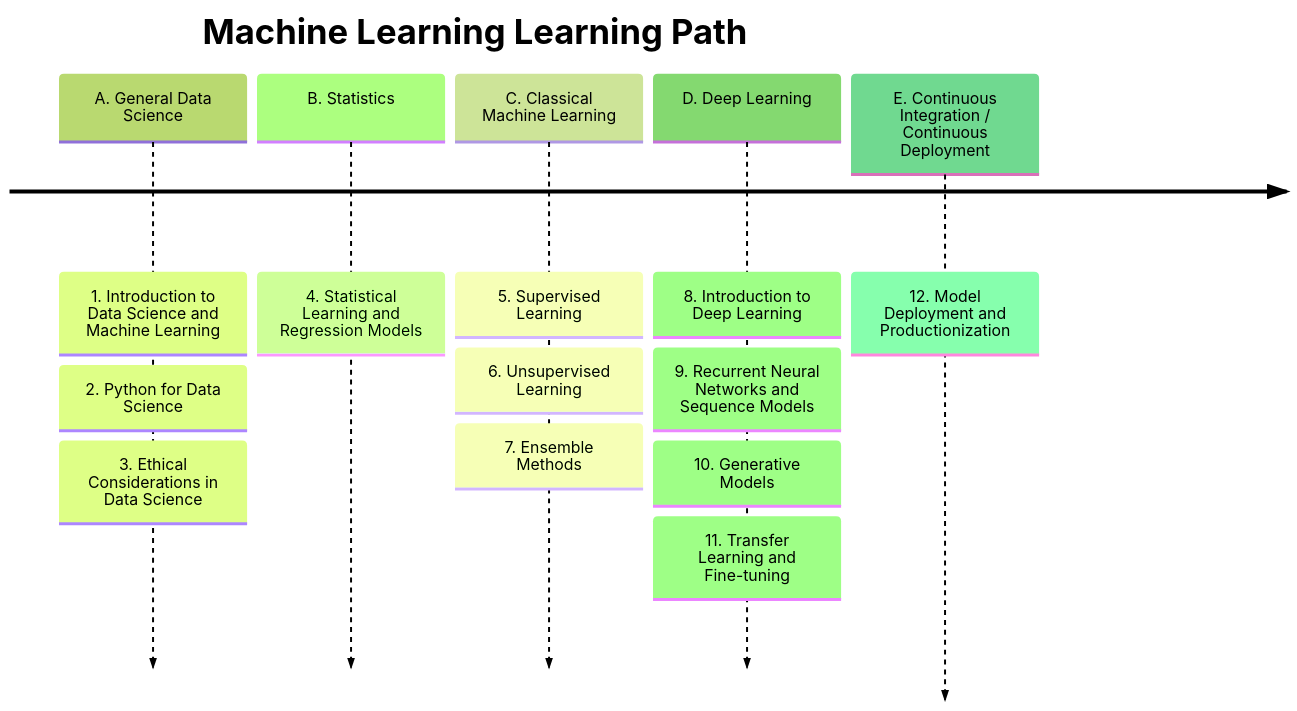
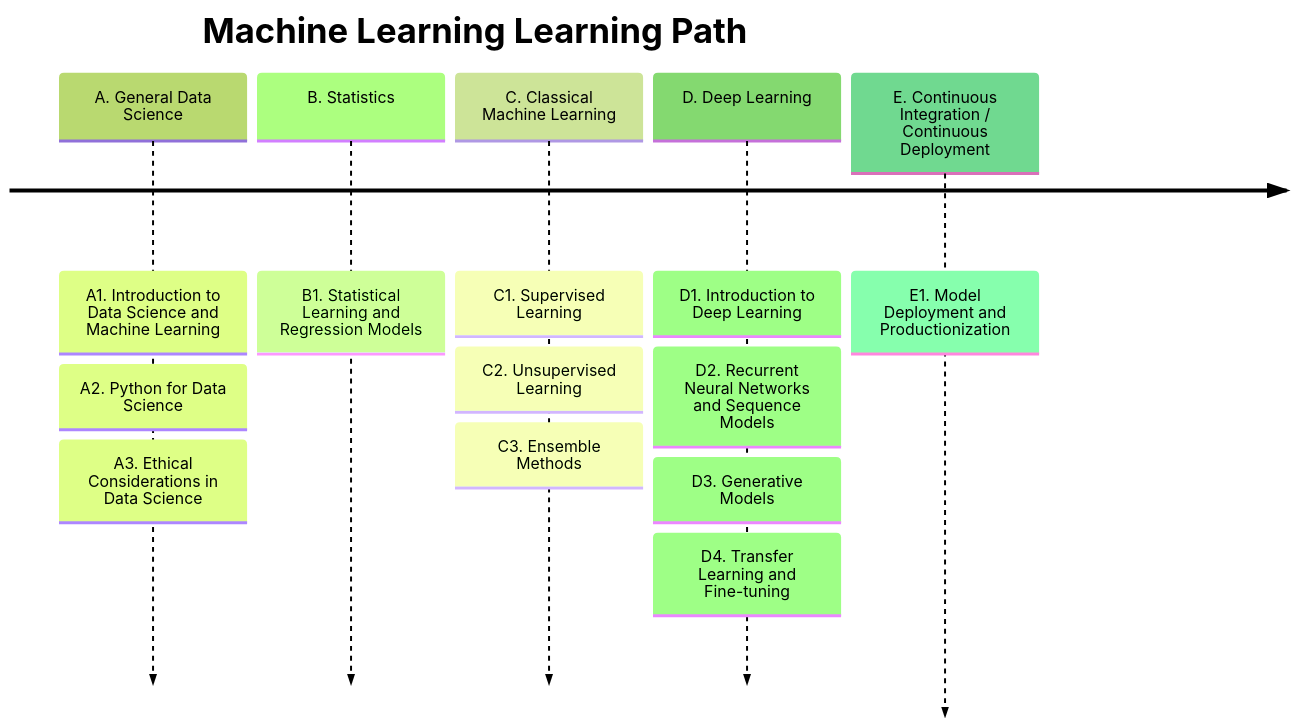
The diagram in docs/mlpaths_grids.md (ua-datalab/ua-datalab.github.io), drawn with Mermaid (forest theme) before and after one commit.

````diff
--- a/docs/mlpaths_grids.md
+++ b/docs/mlpaths_grids.md
@@ -6,17 +6,17 @@
 ```mermaid
 timeline
     title Machine Learning Learning Path
-    A. General Data Science : 1. Introduction to Data Science and Machine Learning
-    	    	 	     : 2. Python for Data Science
-			     : 3. Ethical Considerations in Data Science
-    B. Statistics : 4. Statistical Learning and Regression Models
-    C. Classical Machine Learning : 5. Supervised Learning
-				 : 6. Unsupervised Learning
-				 : 7. Ensemble Methods
-    D. Deep Learning : 8. Introduction to Deep Learning
-    	   	    : 9. Recurrent Neural Networks and Sequence Models
-		    : 10. Generative Models
-		    : 11. Transfer Learning and Fine-tuning
-    E. Continuous Integration / Continuous Deployment  : 12. Model Deployment and Productionization
+    A. General Data Science : A1. Introduction to Data Science and Machine Learning
+    	    	 	     : A2. Python for Data Science
+			     : A3. Ethical Considerations in Data Science
+    B. Statistics : B1. Statistical Learning and Regression Models
+    C. Classical Machine Learning : C1. Supervised Learning
+				 : C2. Unsupervised Learning
+				 : C3. Ensemble Methods
+    D. Deep Learning : D1. Introduction to Deep Learning
+    	   	    : D2. Recurrent Neural Networks and Sequence Models
+		    : D3. Generative Models
+		    : D4. Transfer Learning and Fine-tuning
+    E. Continuous Integration / Continuous Deployment  : E1. Model Deployment and Productionization
 
 ```
````
